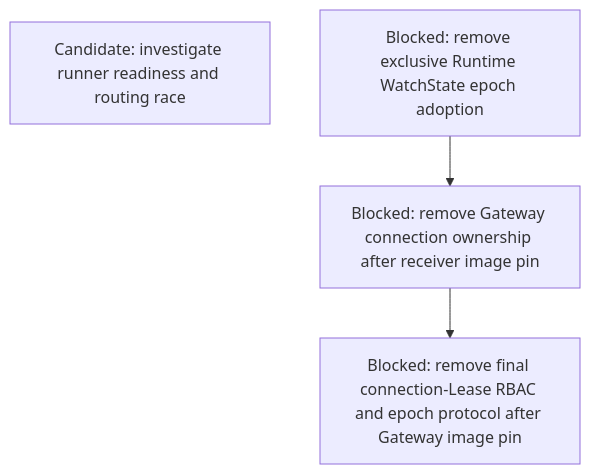
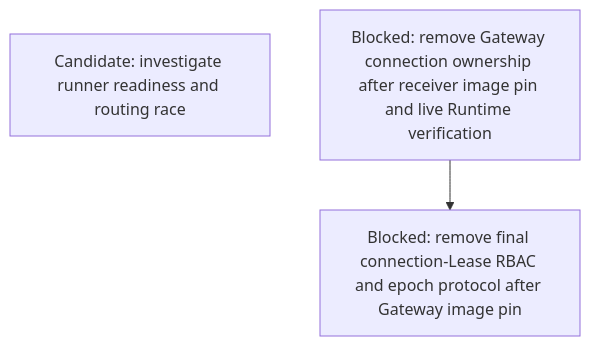
Diagram 13 of 18 in agentplane/plans/task_dag.md (agentydragon/ducktape), drawn with Mermaid before and after one commit. The commit also changed other lines of this file and 15 other files, not shown here.

Commit message:
Bind Runtime incarnation through Controller observation and allow independent Gateway watches

````diff
--- a/agentplane/plans/task_dag.md
+++ b/agentplane/plans/task_dag.md
@@ -2293,9 +2293,7 @@
 ```mermaid
 flowchart TD
     RUNNER_OBSERVATION_READINESS_RACE[Candidate: investigate runner readiness and routing race]
-    RUNNER_MULTI_REPLICA_WATCHSTATE[Blocked: remove exclusive Runtime WatchState epoch adoption]
-    RUNNER_GATEWAY_CONNECTION_LEASE_REMOVAL[Blocked: remove Gateway connection ownership after receiver image pin]
+    RUNNER_GATEWAY_CONNECTION_LEASE_REMOVAL[Blocked: remove Gateway connection ownership after receiver image pin and live Runtime verification]
     RUNNER_CONNECTION_LEASE_CLEANUP[Blocked: remove final connection-Lease RBAC and epoch protocol after Gateway image pin]
-    RUNNER_MULTI_REPLICA_WATCHSTATE --> RUNNER_GATEWAY_CONNECTION_LEASE_REMOVAL
     RUNNER_GATEWAY_CONNECTION_LEASE_REMOVAL --> RUNNER_CONNECTION_LEASE_CLEANUP
 ```
````
